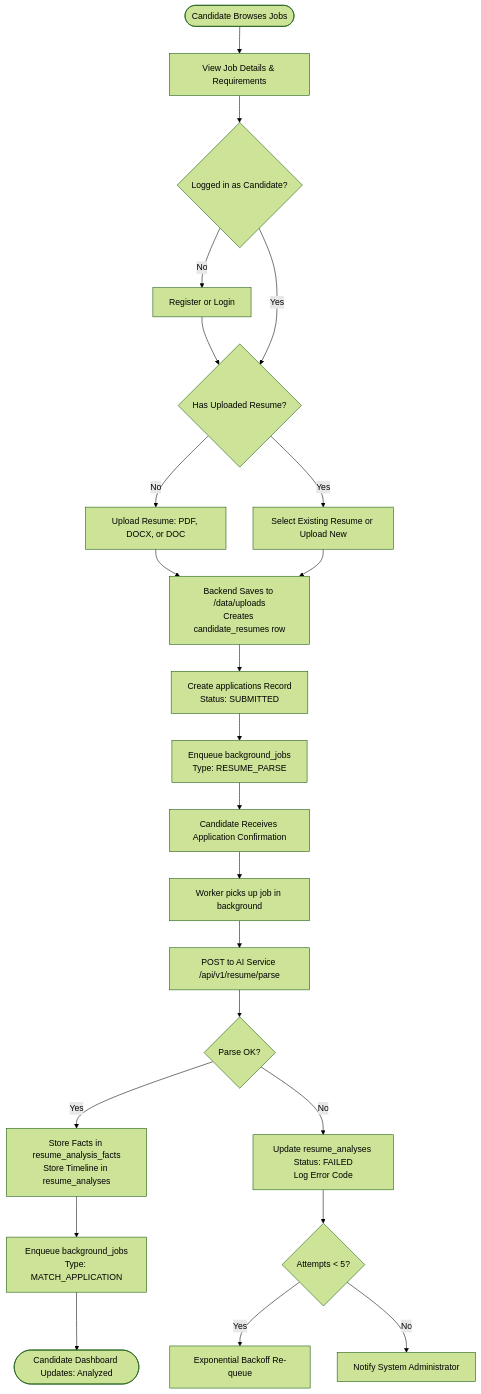
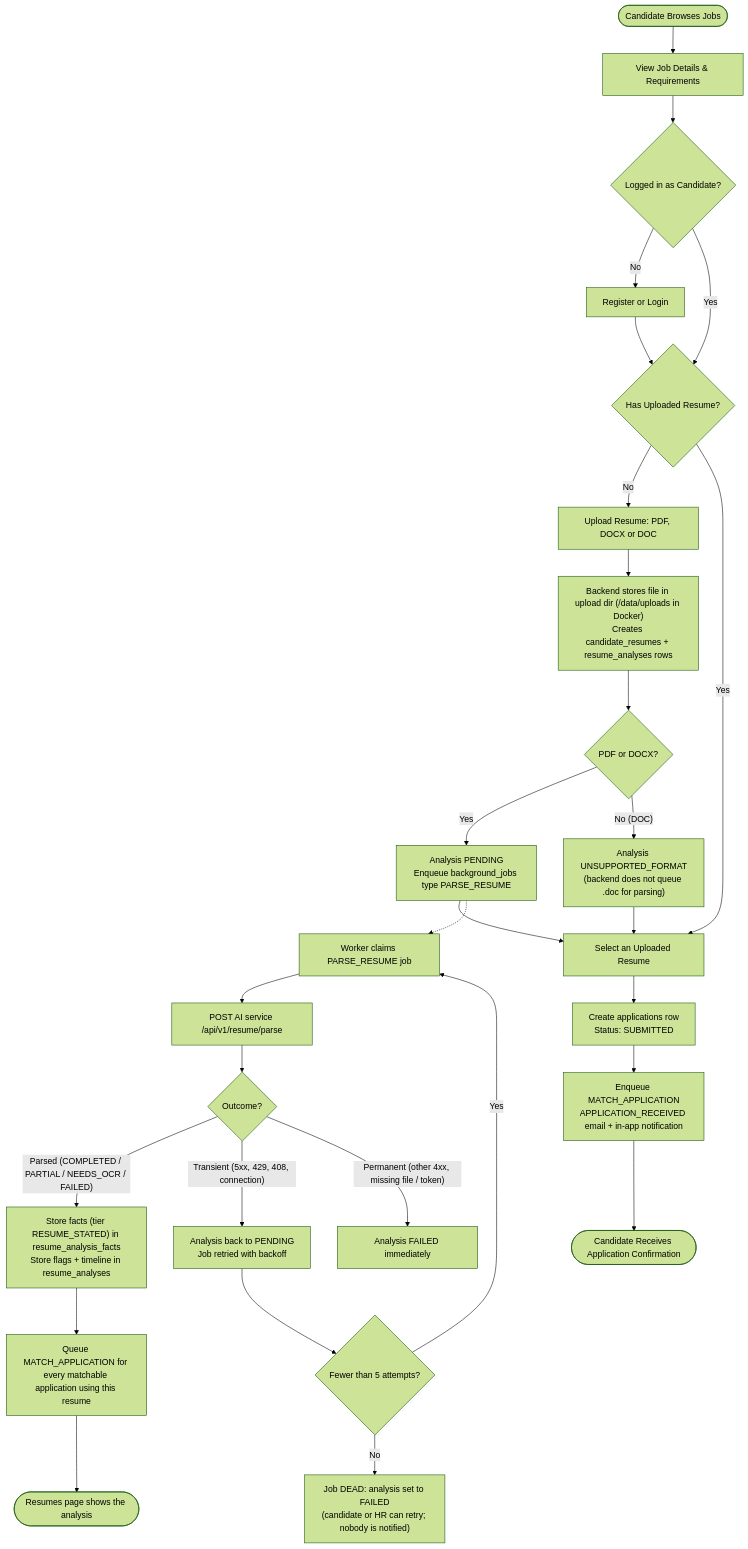
The fifth of 12 diagrams in docs/audit/FULL_SUBMISSION_REPORT.md (Krishna-Goel2002/RecruitPro), drawn with Mermaid (forest theme) before and after one commit. The commit also changed other lines of this file and 7 other files, not shown here.

First line of the commit message:
Audit of teammate's run: queue legacy .doc for parsing, correct audit reports, update guide/README/STATUS

````diff
--- a/docs/audit/FULL_SUBMISSION_REPORT.md
+++ b/docs/audit/FULL_SUBMISSION_REPORT.md
@@ -253,31 +266,34 @@
 ```mermaid
 flowchart TD
-    Start([Candidate Browses Jobs]) --> ViewJob[View Job Details & Requirements]
-    ViewJob --> AuthCheck{Logged in as Candidate?}
-    AuthCheck -- No --> Auth[Register or Login] --> ResumeCheck
-    AuthCheck -- Yes --> ResumeCheck{Has Uploaded Resume?}
-    
-    ResumeCheck -- No --> Upload[Upload Resume: PDF, DOCX, or DOC]
-    ResumeCheck -- Yes --> SelectResume[Select Existing Resume or Upload New]
-    
-    Upload --> SaveFile[Backend Saves to /data/uploads\nCreates candidate_resumes row]
-    SelectResume --> SaveFile
-    
-    SaveFile --> CreateApp[Create applications Record\nStatus: SUBMITTED]
-    CreateApp --> QueueJob[Enqueue background_jobs\nType: RESUME_PARSE]
-    
-    QueueJob --> ReturnAck[Candidate Receives Application Confirmation]
-    ReturnAck --> PollWorker[Worker picks up job in background]
-    
-    PollWorker --> SendAI[POST to AI Service /api/v1/resume/parse]
-    SendAI --> Success{Parse OK?}
-    
-    Success -- Yes --> StoreFacts[Store Facts in resume_analysis_facts\nStore Timeline in resume_analyses]
-    StoreFacts --> QueueMatch[Enqueue background_jobs\nType: MATCH_APPLICATION]
-    QueueMatch --> End([Candidate Dashboard Updates: Analyzed])
+    Start(["Candidate Browses Jobs"]) --> ViewJob["View Job Details & Requirements"]
+    ViewJob --> AuthCheck{"Logged in as Candidate?"}
+    AuthCheck -- No --> Auth["Register or Login"] --> ResumeCheck
+    AuthCheck -- Yes --> ResumeCheck{"Has Uploaded Resume?"}
 
-    Success -- No --> MarkError[Update resume_analyses Status: FAILED\nLog Error Code]
-    MarkError --> RetryCheck{Attempts < 5?}
-    RetryCheck -- Yes --> Backoff[Exponential Backoff Re-queue]
-    RetryCheck -- No --> DeadLetter[Notify System Administrator]
+    ResumeCheck -- No --> Upload["Upload Resume: PDF, DOCX or DOC"]
+    Upload --> SaveFile["Backend stores file in upload dir (/data/uploads in Docker)<br/>Creates candidate_resumes + resume_analyses rows"]
+    SaveFile --> Format{"PDF or DOCX?"}
+    Format -- Yes --> QueueParse["Analysis PENDING<br/>Enqueue background_jobs type PARSE_RESUME"]
+    Format -- "No (DOC)" --> Unsupported["Analysis UNSUPPORTED_FORMAT<br/>(backend does not queue .doc for parsing)"]
+    QueueParse --> SelectResume
+    Unsupported --> SelectResume
+    ResumeCheck -- Yes --> SelectResume["Select an Uploaded Resume"]
+
+    SelectResume --> CreateApp["Create applications row<br/>Status: SUBMITTED"]
+    CreateApp --> QueueMatch["Enqueue MATCH_APPLICATION<br/>APPLICATION_RECEIVED email + in-app notification"]
+    QueueMatch --> ReturnAck(["Candidate Receives Application Confirmation"])
+
+    QueueParse -.-> PollWorker["Worker claims PARSE_RESUME job"]
+    PollWorker --> SendAI["POST AI service /api/v1/resume/parse"]
+    SendAI --> Success{"Outcome?"}
+
+    Success -- "Parsed (COMPLETED / PARTIAL / NEEDS_OCR / FAILED)" --> StoreFacts["Store facts (tier RESUME_STATED) in resume_analysis_facts<br/>Store flags + timeline in resume_analyses"]
+    StoreFacts --> ReMatch["Queue MATCH_APPLICATION for every matchable application using this resume"]
+    ReMatch --> End(["Resumes page shows the analysis"])
+
+    Success -- "Transient (5xx, 429, 408, connection)" --> Pending["Analysis back to PENDING<br/>Job retried with backoff"]
+    Pending --> RetryCheck{"Fewer than 5 attempts?"}
+    RetryCheck -- Yes --> PollWorker
+    RetryCheck -- No --> DeadLetter["Job DEAD: analysis set to FAILED<br/>(candidate or HR can retry; nobody is notified)"]
+    Success -- "Permanent (other 4xx, missing file / token)" --> Failed["Analysis FAILED immediately"]
 ```
````
